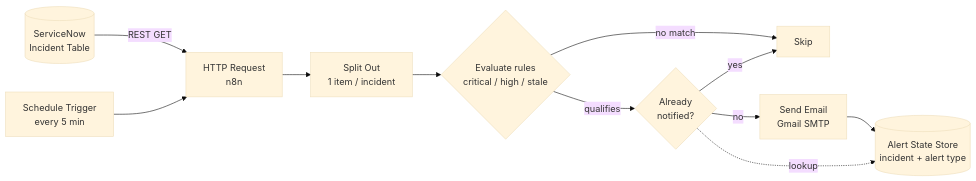
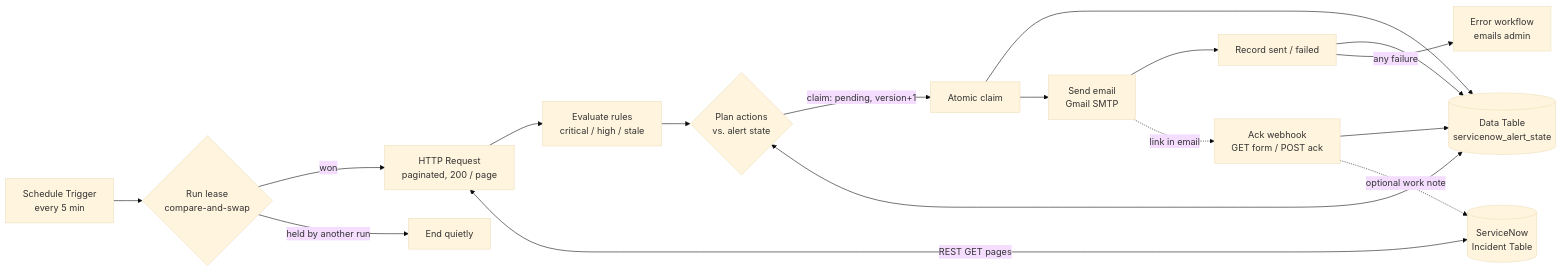
One commit to Chethan616/n8n-epsilon changed the diagram in README.md. Above: the diagram before and after it, drawn with Mermaid (base theme). The commit also changed other lines of this file and 41 other files, not shown here.

````diff
--- a/README.md
+++ b/README.md
@@ -19,13 +19,19 @@
 ```mermaid
 flowchart LR
-    SN[(ServiceNow\nIncident Table)] -->|REST GET| HTTP[HTTP Request\nn8n]
-    SCH[Schedule Trigger\nevery 5 min] --> HTTP
-    HTTP --> SPLIT[Split Out\n1 item / incident]
-    SPLIT --> EVAL{Evaluate rules\ncritical / high / stale}
-    EVAL -->|qualifies| DEDUP{Already\nnotified?}
-    EVAL -->|no match| SKIP[Skip]
-    DEDUP -->|no| MAIL[Send Email\nGmail SMTP]
-    DEDUP -->|yes| SKIP
-    MAIL --> SAVE[(Alert State Store\nincident + alert type)]
-    DEDUP -.lookup.-> SAVE
+    SCH[Schedule Trigger\nevery 5 min] --> LEASE{Run lease\ncompare-and-swap}
+    LEASE -->|won| HTTP[HTTP Request\npaginated, 200 / page]
+    LEASE -->|held by another run| STOP[End quietly]
+    SN[(ServiceNow\nIncident Table)] <-->|REST GET pages| HTTP
+    HTTP --> EVAL[Evaluate rules\ncritical / high / stale]
+    EVAL --> PLAN{Plan actions\nvs. alert state}
+    DB[(Data Table\nservicenow_alert_state)] <--> PLAN
+    PLAN -->|claim: pending, version+1| CLAIM[Atomic claim]
+    CLAIM --> DB
+    CLAIM --> MAIL[Send email\nGmail SMTP]
+    MAIL --> REC[Record sent / failed]
+    REC --> DB
+    REC -->|any failure| ERR[Error workflow\nemails admin]
+    MAIL -. link in email .-> ACK[Ack webhook\nGET form / POST ack]
+    ACK --> DB
+    ACK -. optional work note .-> SN
 ```
````
